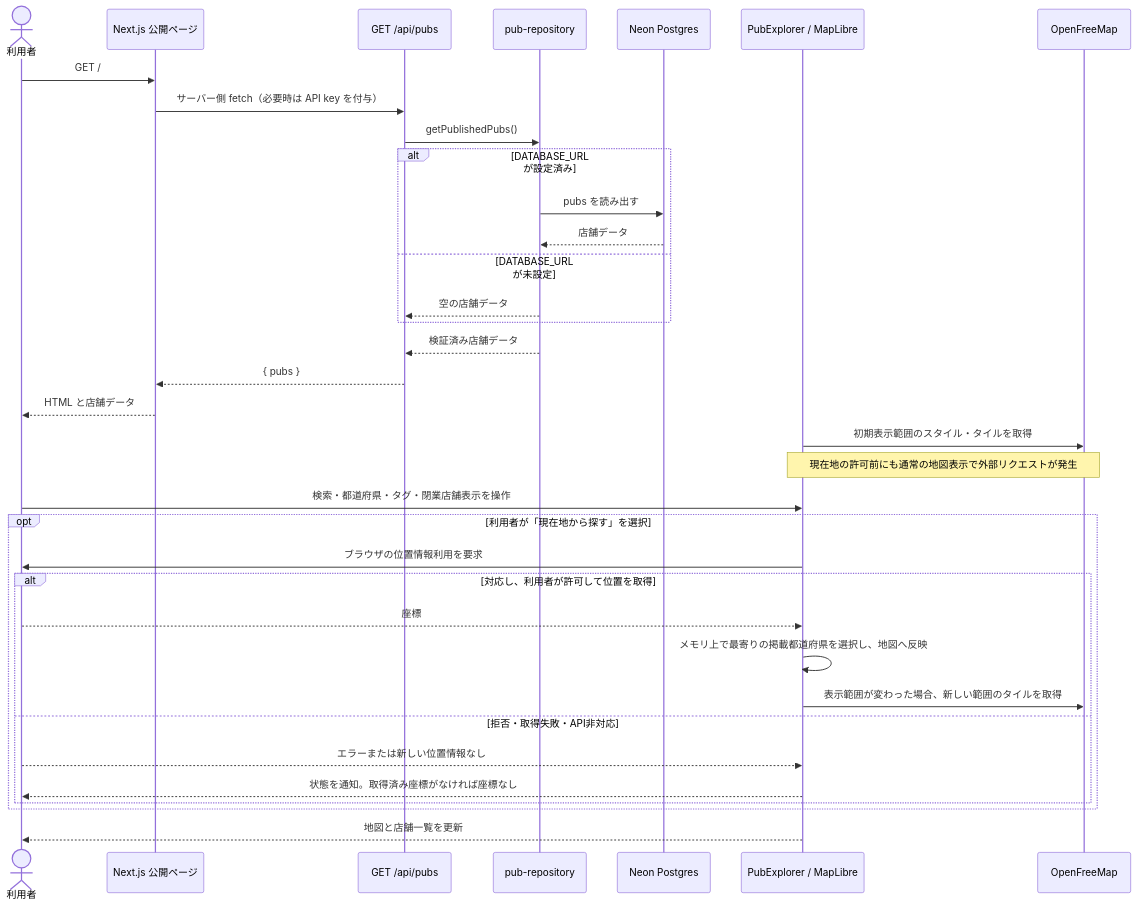
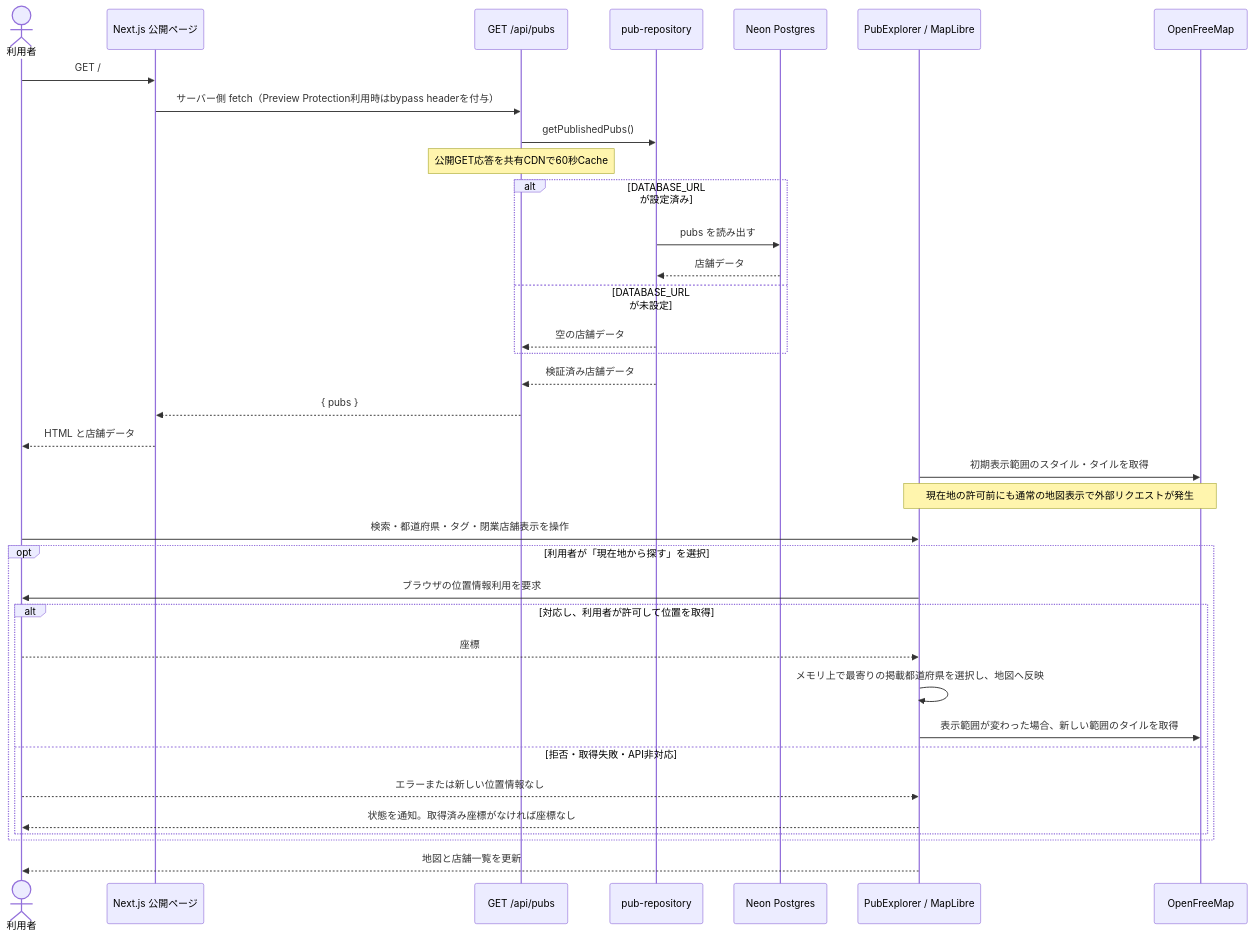
The first of 4 diagrams in docs/architecture/sequences.md (yusukefr/irishpub-map), drawn with Mermaid before and after one commit. The commit also changed 12 other files, not shown here.

````diff
--- a/docs/architecture/sequences.md
+++ b/docs/architecture/sequences.md
@@ -5,38 +5,39 @@
 ```mermaid
 sequenceDiagram
   actor Visitor as 利用者
   participant Page as Next.js 公開ページ
   participant API as GET /api/pubs
   participant Repository as pub-repository
   participant Neon as Neon Postgres
   participant Explorer as PubExplorer / MapLibre
   participant MapProvider as OpenFreeMap
 
   Visitor->>Page: GET /
-  Page->>API: サーバー側 fetch（必要時は API key を付与）
+  Page->>API: サーバー側 fetch（Preview Protection利用時はbypass headerを付与）
   API->>Repository: getPublishedPubs()
+  Note over API: 公開GET応答を共有CDNで60秒Cache
   alt DATABASE_URL が設定済み
     Repository->>Neon: pubs を読み出す
     Neon-->>Repository: 店舗データ
   else DATABASE_URL が未設定
     Repository-->>API: 空の店舗データ
   end
   Repository-->>API: 検証済み店舗データ
   API-->>Page: { pubs }
   Page-->>Visitor: HTML と店舗データ
   Explorer->>MapProvider: 初期表示範囲のスタイル・タイルを取得
   Note over Explorer,MapProvider: 現在地の許可前にも通常の地図表示で外部リクエストが発生
   Visitor->>Explorer: 検索・都道府県・タグ・閉業店舗表示を操作
   opt 利用者が「現在地から探す」を選択
     Explorer->>Visitor: ブラウザの位置情報利用を要求
     alt 対応し、利用者が許可して位置を取得
       Visitor-->>Explorer: 座標
       Explorer->>Explorer: メモリ上で最寄りの掲載都道府県を選択し、地図へ反映
       Explorer->>MapProvider: 表示範囲が変わった場合、新しい範囲のタイルを取得
     else 拒否・取得失敗・API非対応
       Visitor-->>Explorer: エラーまたは新しい位置情報なし
       Explorer-->>Visitor: 状態を通知。取得済み座標がなければ座標なし
     end
   end
   Explorer-->>Visitor: 地図と店舗一覧を更新
 ```
````
